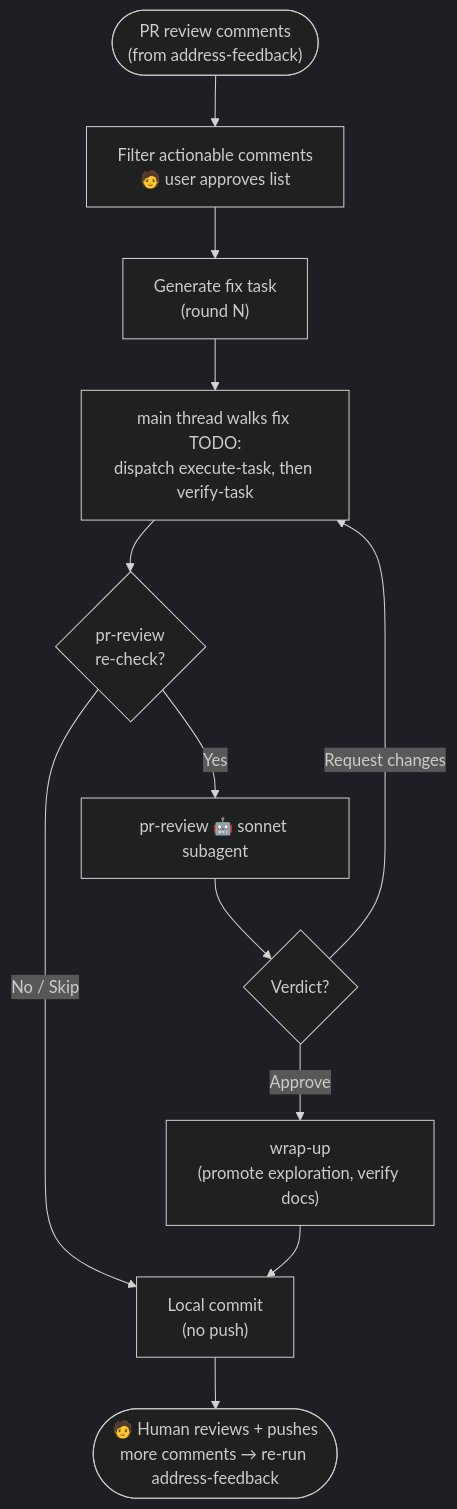
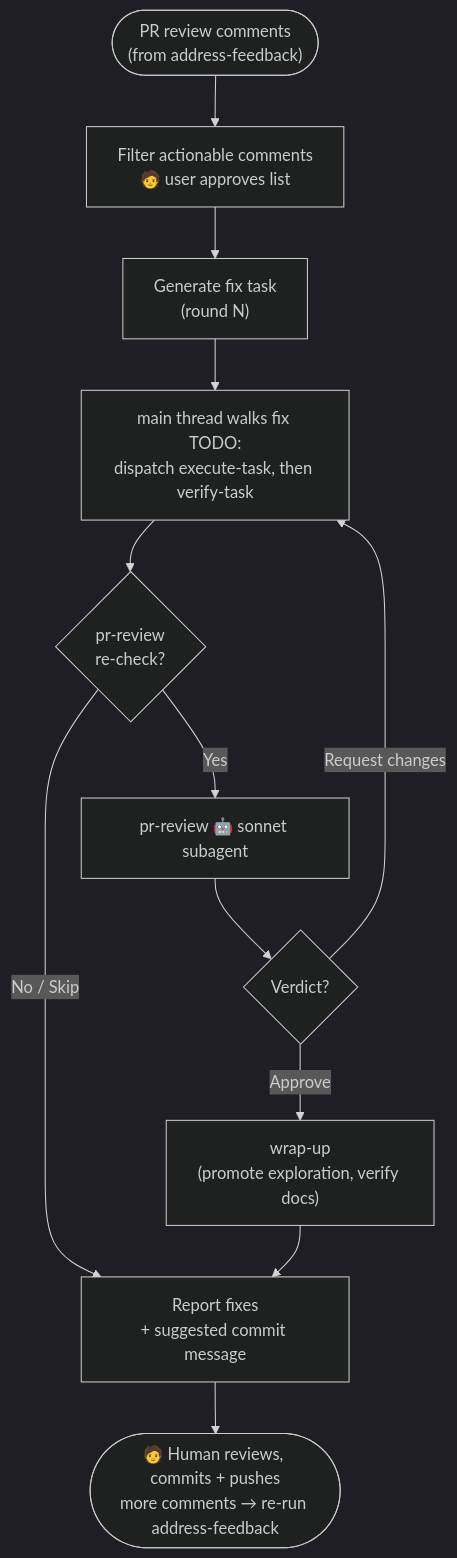
Before and after one commit to precise-alloy/ritus: the fifth of 8 diagrams in docs/WORKFLOW_DIAGRAMS.md, drawn with Mermaid (dark theme). The commit also changed other lines of this file and 45 other files, not shown here.

````diff
--- a/docs/WORKFLOW_DIAGRAMS.md
+++ b/docs/WORKFLOW_DIAGRAMS.md
@@ -182,14 +186,14 @@
 ```mermaid
 flowchart TD
     Start(["PR review comments\n(from address-feedback)"]) --> AFFilter["Filter actionable comments\n🧑 user approves list"]
     AFFilter --> AFTask["Generate fix task\n(round N)"]
     AFTask --> AFExec["main thread walks fix TODO:\ndispatch execute-task, then verify-task"]
     AFExec --> AFRecheck{"pr-review\nre-check?"}
     AFRecheck -->|"Yes"| AFReview["pr-review 🤖 sonnet subagent"]
     AFReview --> AFVerdict{"Verdict?"}
     AFVerdict -->|"Approve"| AFWrapUp["wrap-up\n(promote exploration, verify docs)"]
     AFVerdict -->|"Request changes"| AFExec
-    AFRecheck -->|"No / Skip"| AFCommit["Local commit\n(no push)"]
+    AFRecheck -->|"No / Skip"| AFCommit["Report fixes\n+ suggested commit message"]
     AFWrapUp --> AFCommit
-    AFCommit --> AFDone(["🧑 Human reviews + pushes\nmore comments → re-run address-feedback"])
+    AFCommit --> AFDone(["🧑 Human reviews, commits + pushes\nmore comments → re-run address-feedback"])
 ```
````
